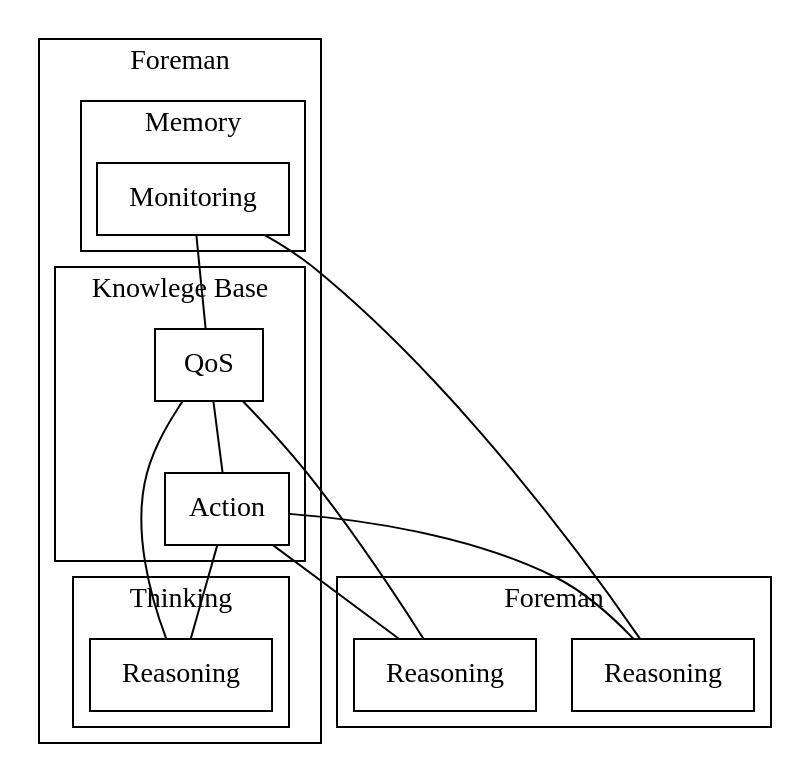
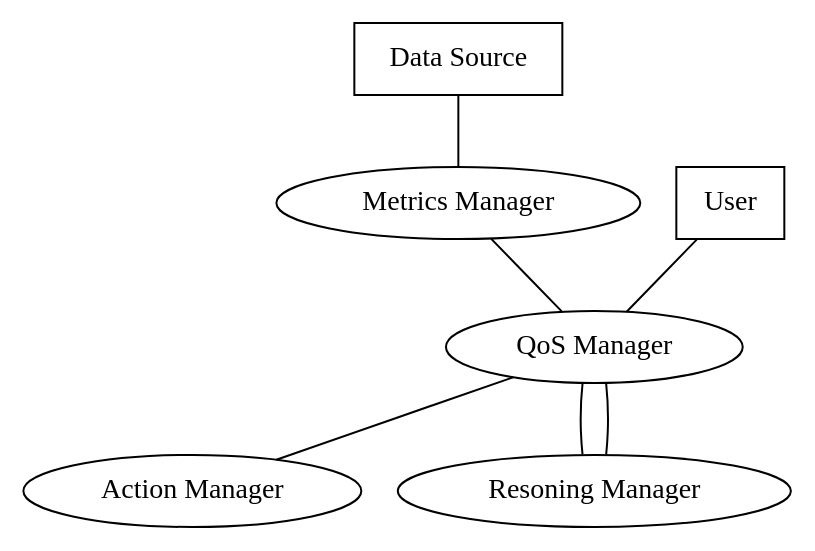
One commit to cybergarage/foreman-doc changed the diagram in img/concept_model.dot. Above: the diagram before and after it, drawn with Graphviz. The commit also changed 2 other files, not shown here.

```diff
--- a/img/concept_model.dot
+++ b/img/concept_model.dot
@@ -1,69 +1,40 @@
 graph foreman_concept {
-	subgraph cluster_foreman {
-		label="Foreman";
+	ds [
+		shape = "box",
+		label="Data Source"
+	];
 
-	subgraph cluster_kb {
-		shape = circle;
-		label="Knowlege Base";
-
-		qos [
-			shape = box,
-			label="QoS"
-		];
-
-		act [
-			shape = box,
-			label="Action"
-		];
-
-	}
-
-	subgraph cluster_mem {
-		label="Memory";
+	user [
+		shape = "box",
+		label="User"
+	];
 
 
-		mon [
-			shape = box,
-			label="Monitoring"
-		];
-	}
+	tsdb [
+		shape = "ellipse",
+		label="Metrics Manager"
+	];
 
+	qos [
+		shape = "ellipse",
+		label="QoS Manager"
+	];
 
-	subgraph cluster_think {
+	action [
+		shape = "ellipse",
+		label="Action Manager"
+	];
 
-		label="Thinking";
-		res [
-			shape = box,
-			label="Reasoning"
-		];
+	reasoing [
+		shape = "ellipse",
+		label="Resoning Manager"
+	];
 
-	}
+	ds -- tsdb;
+	user -- qos;
 
-	}
-
-	subgraph cluster_outer {
-		label="Foreman";
-
-		user [
-			shape = box,
-			label="Reasoning"
-		];
-
-		system [
-			shape = box,
-			label="Reasoning"
-		];
-	}
-
-
-	mon--qos;
-	qos--act;
-	act--res;
-
-	user--qos;
-	system--mon;
-	act--system;
-	act--user;
-
-	res--qos;
+	tsdb -- qos;
+	qos -- action;
+	qos -- reasoing;
+	reasoing -- qos;
 }
```
